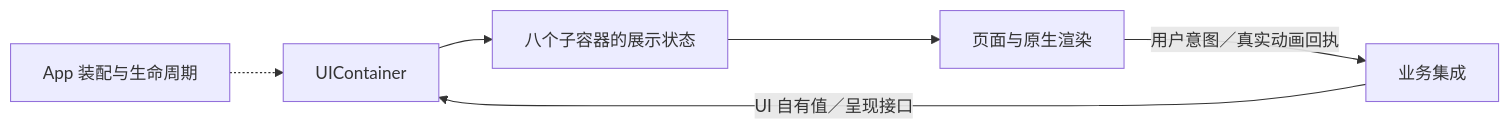
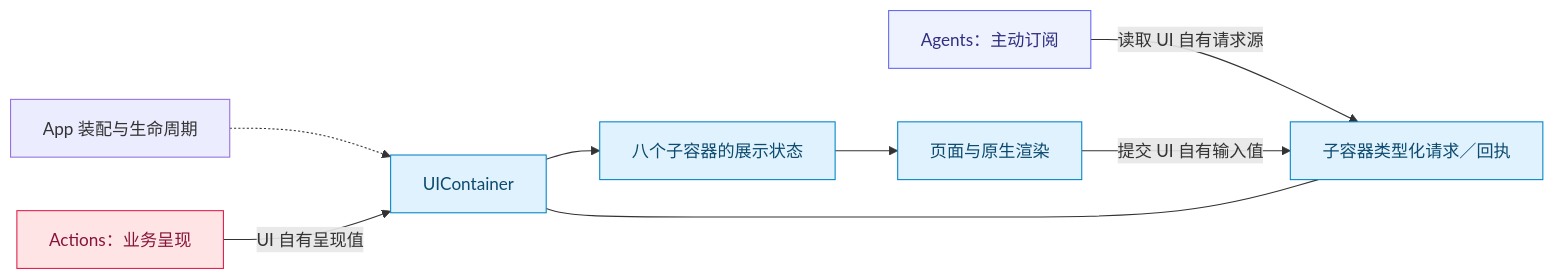
Before and after one commit to devilyouwei/MobileHarness: the diagram in MobileHarness/UI/README.md, drawn with Mermaid. The commit also changed other lines of this file and 483 other files, not shown here.

First line of the commit message:
Refactor direct container inputs and organize Actions and Agents

````diff
--- a/MobileHarness/UI/README.md
+++ b/MobileHarness/UI/README.md
@@ -17,8 +17,16 @@
 ```mermaid
 flowchart LR
  App["App 装配与生命周期"] -.-> Root["UIContainer"]
- Bindings["业务集成"] -->|"UI 自有值／呈现接口"| Root
+ Agent["Agents：主动订阅"] -->|"读取 UI 自有请求源"| Requests["子容器类型化请求／回执"]
+ Actions["Actions：业务呈现"] -->|"UI 自有呈现值"| Root
  Root --> State["八个子容器的展示状态"]
  State --> Views["页面与原生渲染"]
- Views -->|"用户意图／真实动画回执"| Bindings
+ Views -->|"提交 UI 自有输入值"| Requests
+ Root --- Requests
+ classDef ui fill:#e0f2fe,stroke:#0284c7,color:#0c4a6e
+ classDef agent fill:#eef2ff,stroke:#6366f1,color:#312e81
+ classDef action fill:#ffe4e6,stroke:#e11d48,color:#881337
+ class Root,State,Views,Requests ui
+ class Agent agent
+ class Actions action
 ```
````
